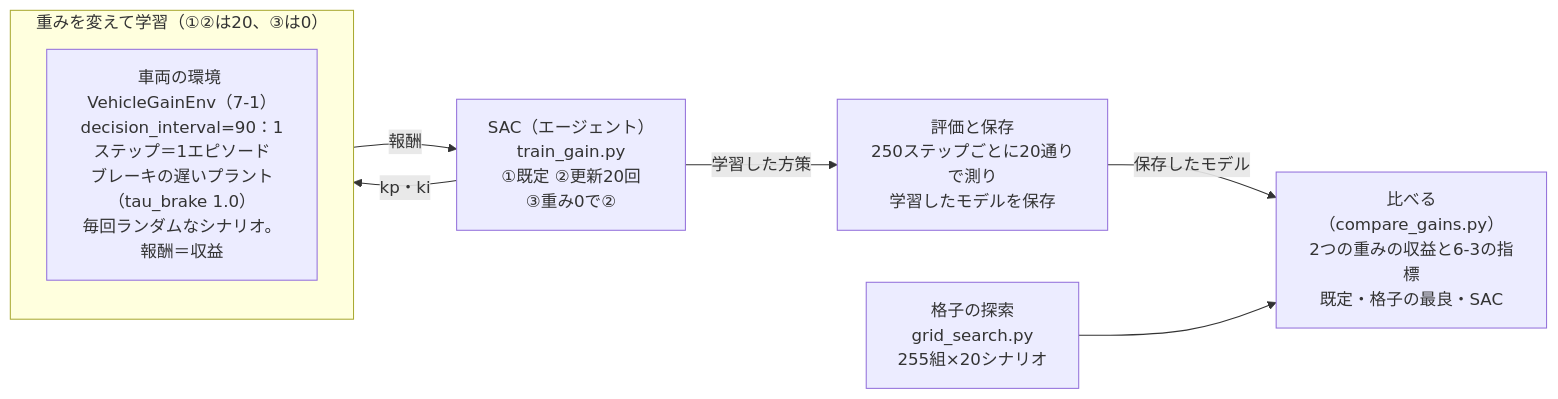
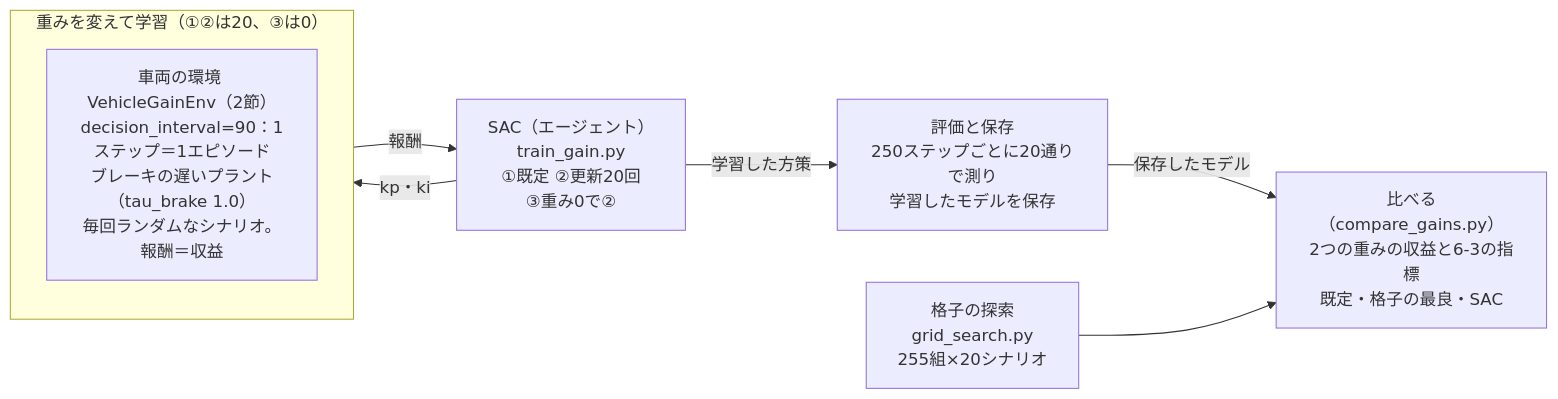
One commit to SanghunIm1991/ros2MinimalPhysicalAi changed the second of 2 diagrams in docs/phase7_2_gain_tuning.md. Above: the diagram before and after it, drawn with Mermaid. The commit also changed other lines of this file and 14 other files, not shown here.

````diff
--- a/docs/phase7_2_gain_tuning.md
+++ b/docs/phase7_2_gain_tuning.md
@@ -37,15 +75,15 @@
 ```mermaid
 flowchart LR
     SAC["SAC（エージェント）<br/>train_gain.py<br/>①既定 ②更新20回<br/>③重み0で②"]
     subgraph RW["重みを変えて学習（①②は20、③は0）"]
-        ENV["車両の環境 VehicleGainEnv（7-1）<br/>decision_interval=90：1ステップ＝1エピソード<br/>ブレーキの遅いプラント（tau_brake 1.0）<br/>毎回ランダムなシナリオ。報酬＝収益"]
+        ENV["車両の環境 VehicleGainEnv（2節）<br/>decision_interval=90：1ステップ＝1エピソード<br/>ブレーキの遅いプラント（tau_brake 1.0）<br/>毎回ランダムなシナリオ。報酬＝収益"]
     end
     EV["評価と保存<br/>250ステップごとに20通りで測り<br/>学習したモデルを保存"]
     CMP["比べる（compare_gains.py）<br/>2つの重みの収益と6-3の指標<br/>既定・格子の最良・SAC"]
     GRID["格子の探索<br/>grid_search.py<br/>255組×20シナリオ"]
     SAC -- "kp・ki" --> RW
     RW -- "報酬" --> SAC
     SAC -- "学習した方策" --> EV
     EV -- "保存したモデル" --> CMP
     GRID --> CMP
 ```
````
